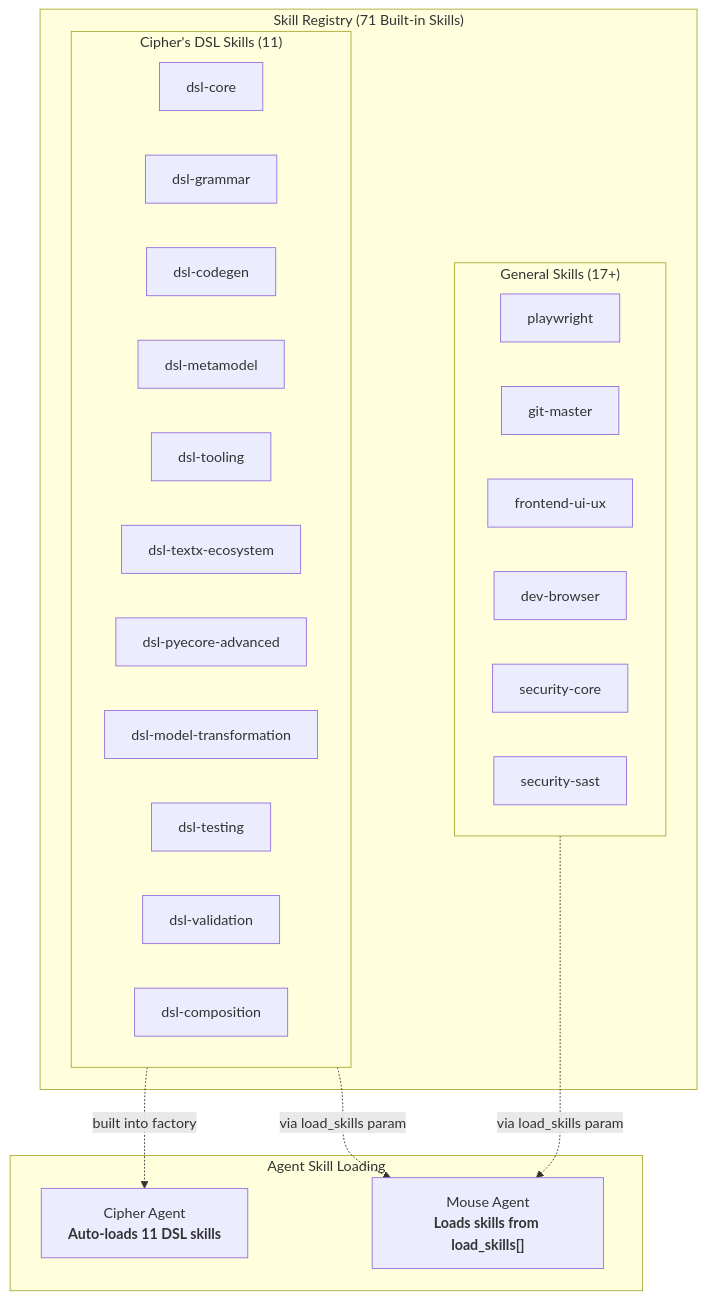
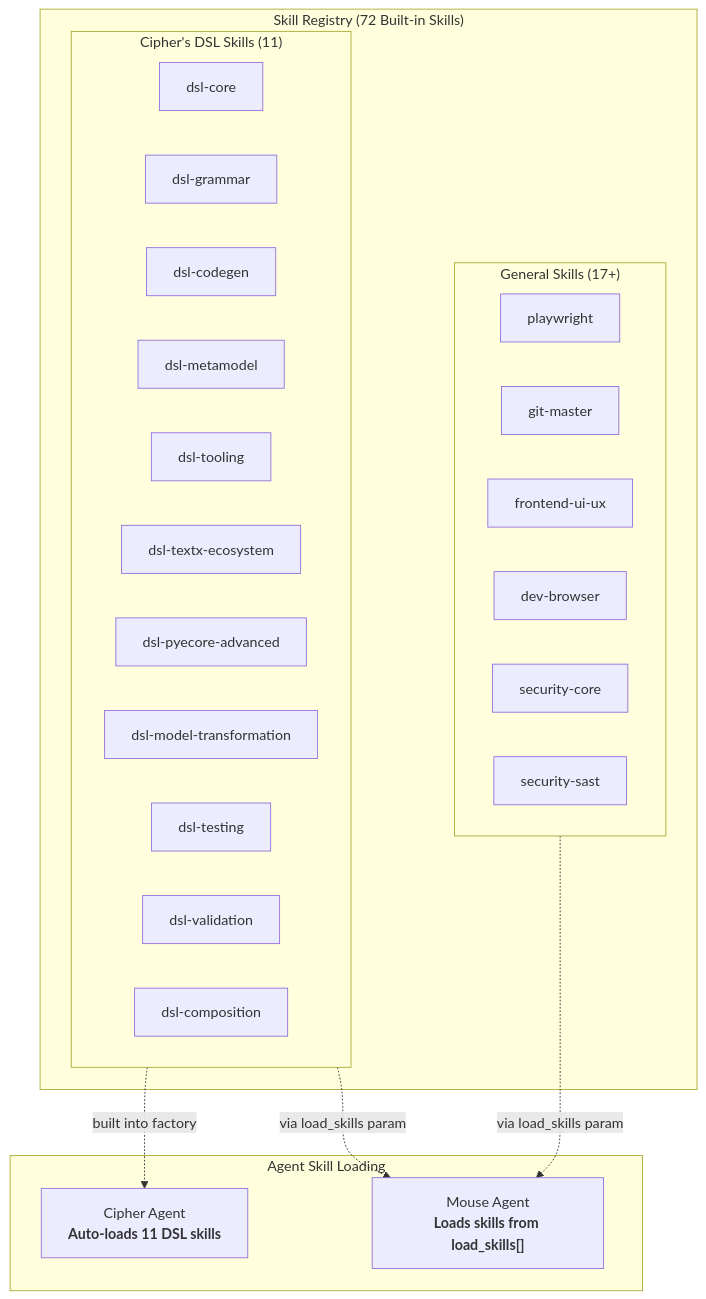
Before and after one commit to klpanagi/opencode-matrixx-2: the fourth of 6 diagrams in docs/agents.md, drawn with Mermaid. The commit also changed 16 other files, not shown here.

````diff
--- a/docs/agents.md
+++ b/docs/agents.md
@@ -558,36 +558,36 @@
 ```mermaid
 graph TD
-    subgraph SKILL_REGISTRY["Skill Registry (71 Built-in Skills)"]
+    subgraph SKILL_REGISTRY["Skill Registry (72 Built-in Skills)"]
         subgraph DSL_SKILLS["Cipher's DSL Skills (11)"]
             S1["dsl-core"]
             S2["dsl-grammar"]
             S3["dsl-codegen"]
             S4["dsl-metamodel"]
             S5["dsl-tooling"]
             S6["dsl-textx-ecosystem"]
             S7["dsl-pyecore-advanced"]
             S8["dsl-model-transformation"]
             S9["dsl-testing"]
             S10["dsl-validation"]
             S11["dsl-composition"]
         end
 
         subgraph GENERAL_SKILLS["General Skills (17+)"]
             G1["playwright"]
             G2["git-master"]
             G3["frontend-ui-ux"]
             G4["dev-browser"]
             G5["security-core"]
             G6["security-sast"]
         end
     end
 
     subgraph AGENTS["Agent Skill Loading"]
         CIP_AGENT["Cipher Agent<br/><b>Auto-loads 11 DSL skills</b>"]
         MOUSE_AGENT["Mouse Agent<br/><b>Loads skills from load_skills[]</b>"]
     end
 
     DSL_SKILLS -.->|"built into factory"| CIP_AGENT
     GENERAL_SKILLS -.->|"via load_skills param"| MOUSE_AGENT
     DSL_SKILLS -.->|"via load_skills param"| MOUSE_AGENT
 ```
````
